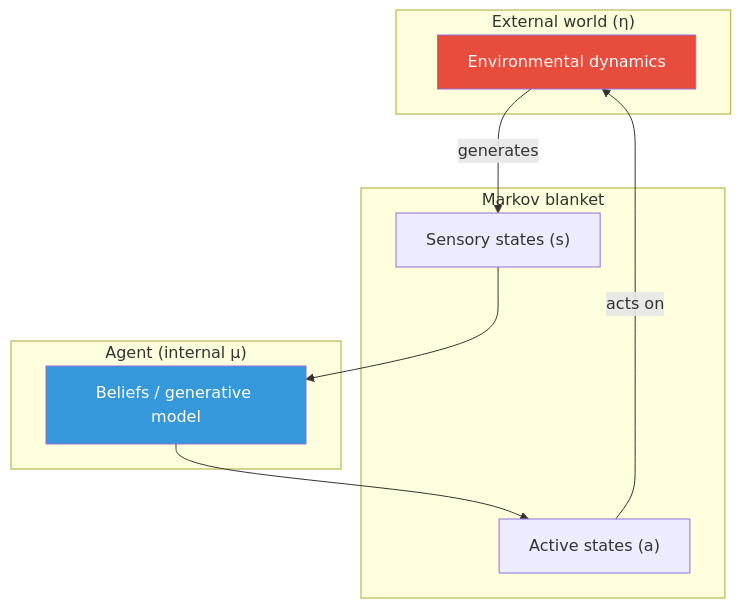
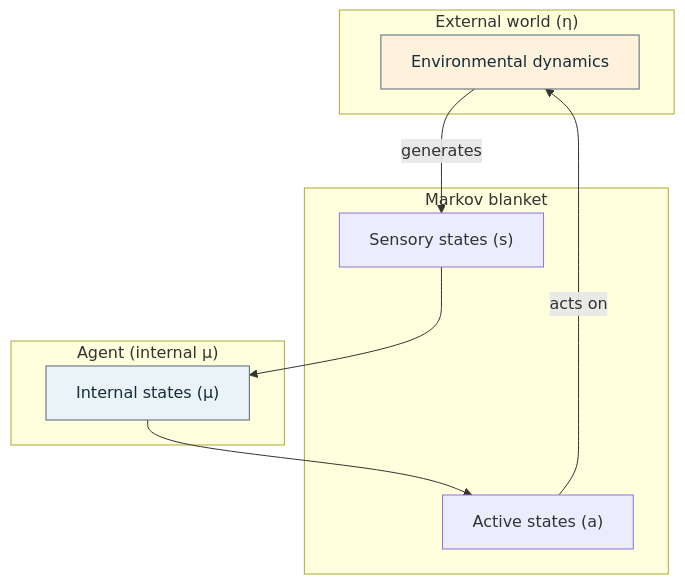
Before and after one commit to docxology/biology_textbook: the second of 4 diagrams in docs/manuscript/unit_0/active_inference.md, drawn with Mermaid. The commit also changed other lines of this file and 152 other files, not shown here.

````diff
--- a/docs/manuscript/unit_0/active_inference.md
+++ b/docs/manuscript/unit_0/active_inference.md
@@ -123,21 +123,21 @@
 ```mermaid
 graph TD
     subgraph "External world (η)"
         Eta["Environmental dynamics"]
     end
     subgraph "Markov blanket"
         S["Sensory states (s)"]
         A["Active states (a)"]
     end
     subgraph "Agent (internal μ)"
-        Mu["Beliefs / generative model"]
+        Mu["Internal states (μ)"]
     end
 
     Eta -->|generates| S
     S --> Mu
     Mu --> A
     A -->|acts on| Eta
 
-    style Mu fill:#3498db,color:#fff
-    style Eta fill:#e74c3c,color:#fff
+    style Mu fill:#EAF3F8,color:#172B3A,stroke:#526777
+    style Eta fill:#FFF2DC,color:#172B3A,stroke:#526777
 ```
````
